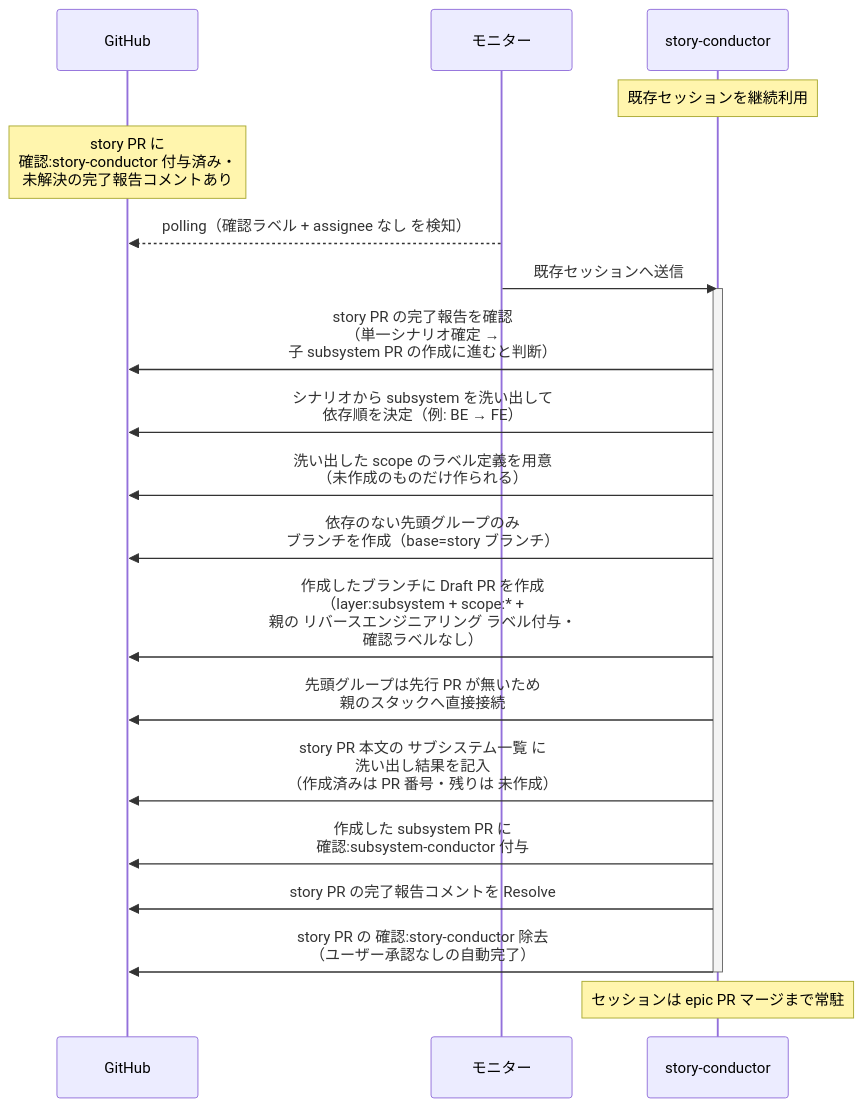
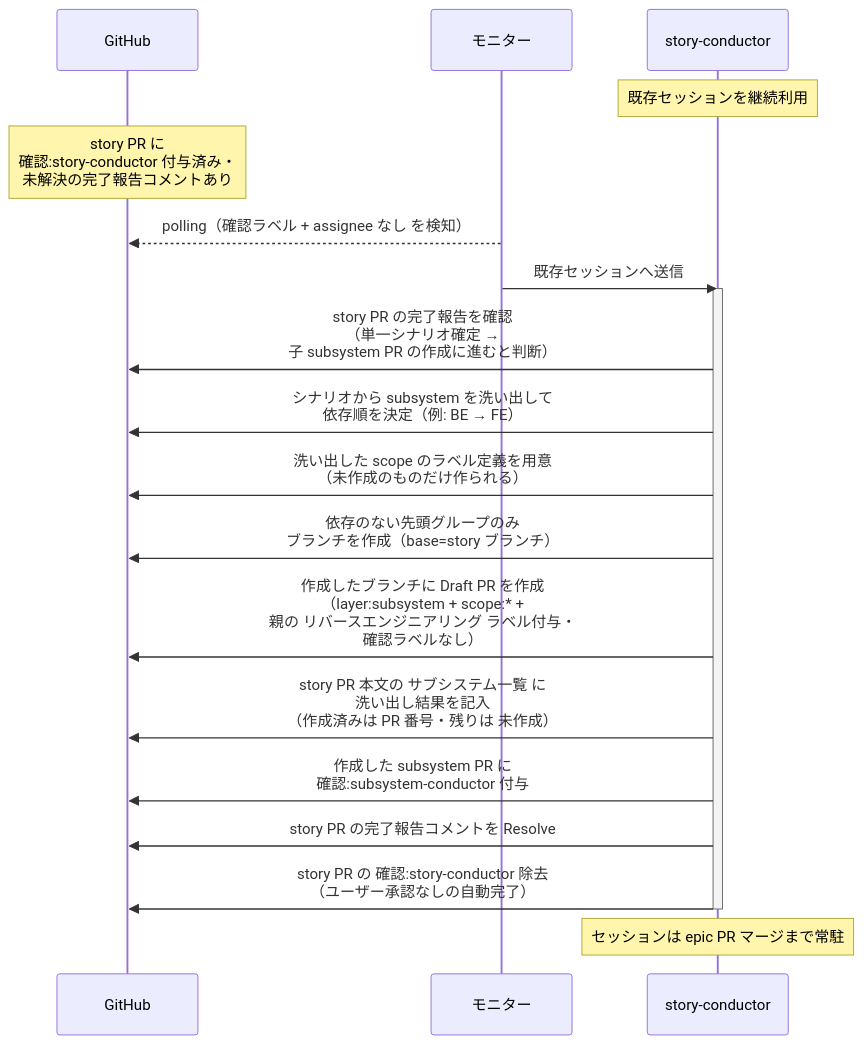
The first of 2 diagrams in docs/wiki/設計図/シナリオ/単一ユースケース/子subsystemPR作成.md (shuhei1101/ai-monitor), drawn with Mermaid before and after one commit. The commit also changed other lines of this file and 108 other files, not shown here.

````diff
--- a/docs/wiki/設計図/シナリオ/単一ユースケース/子subsystemPR作成.md
+++ b/docs/wiki/設計図/シナリオ/単一ユースケース/子subsystemPR作成.md
@@ -26,24 +26,23 @@
 ```mermaid
 sequenceDiagram
   participant GH as GitHub
   participant ORC as モニター
   participant MON as story-conductor
 
   Note over MON: 既存セッションを継続利用
   Note over GH: story PR に<br>確認:story-conductor 付与済み・<br>未解決の完了報告コメントあり
   ORC-->>GH: polling（確認ラベル + assignee なし を検知）
   ORC->>MON: 既存セッションへ送信
   activate MON
   MON->>GH: story PR の完了報告を確認<br>（単一シナリオ確定 →<br>子 subsystem PR の作成に進むと判断）
   MON->>GH: シナリオから subsystem を洗い出して<br>依存順を決定（例: BE → FE）
   MON->>GH: 洗い出した scope のラベル定義を用意<br>（未作成のものだけ作られる）
   MON->>GH: 依存のない先頭グループのみ<br>ブランチを作成（base=story ブランチ）
   MON->>GH: 作成したブランチに Draft PR を作成<br>（layer:subsystem + scope:* +<br>親の リバースエンジニアリング ラベル付与・<br>確認ラベルなし）
-  MON->>GH: 先頭グループは先行 PR が無いため<br>親のスタックへ直接接続
   MON->>GH: story PR 本文の サブシステム一覧 に<br>洗い出し結果を記入<br>（作成済みは PR 番号・残りは 未作成）
   MON->>GH: 作成した subsystem PR に<br>確認:subsystem-conductor 付与
   MON->>GH: story PR の完了報告コメントを Resolve
   MON->>GH: story PR の 確認:story-conductor 除去<br>（ユーザー承認なしの自動完了）
   deactivate MON
   Note over MON: セッションは epic PR マージまで常駐
 ```
````
